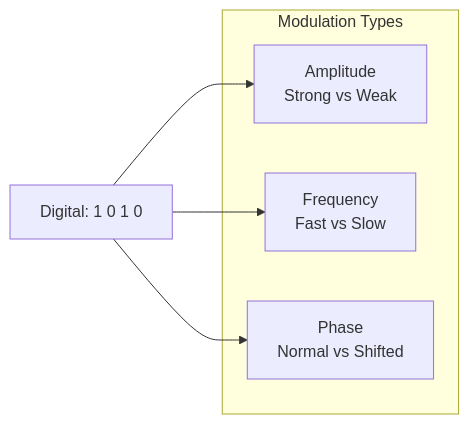
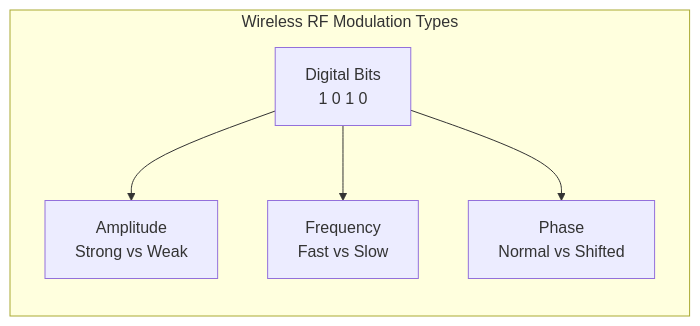
The fourth of 4 diagrams in 07_modulation_physical_layer.md (tkr22777/teaching-kg-574), drawn with Mermaid before and after one commit. The commit also changed other lines of this file, not shown here.

````diff
--- a/07_modulation_physical_layer.md
+++ b/07_modulation_physical_layer.md
@@ -96,12 +98,13 @@
 ```mermaid
 graph LR
-    subgraph "Modulation Types"
-        AMP[Amplitude<br/>Strong vs Weak]
-        FREQ[Frequency<br/>Fast vs Slow]
-        PHASE[Phase<br/>Normal vs Shifted]
+    subgraph "Wireless RF Modulation Types"
+        E[Digital Bits<br/>1 0 1 0]
+        F[Amplitude<br/>Strong vs Weak]
+        G[Frequency<br/>Fast vs Slow]
+        H[Phase<br/>Normal vs Shifted]
     end
   
-    Data[Digital: 1 0 1 0] --> AMP
-    Data --> FREQ  
-    Data --> PHASE
+    E --> F
+    E --> G  
+    E --> H
 ```
````
